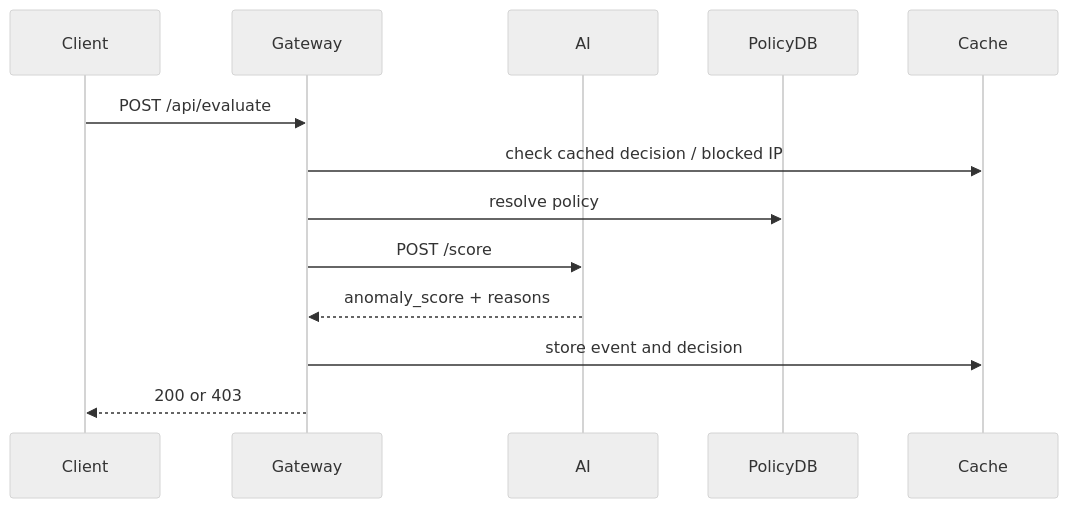
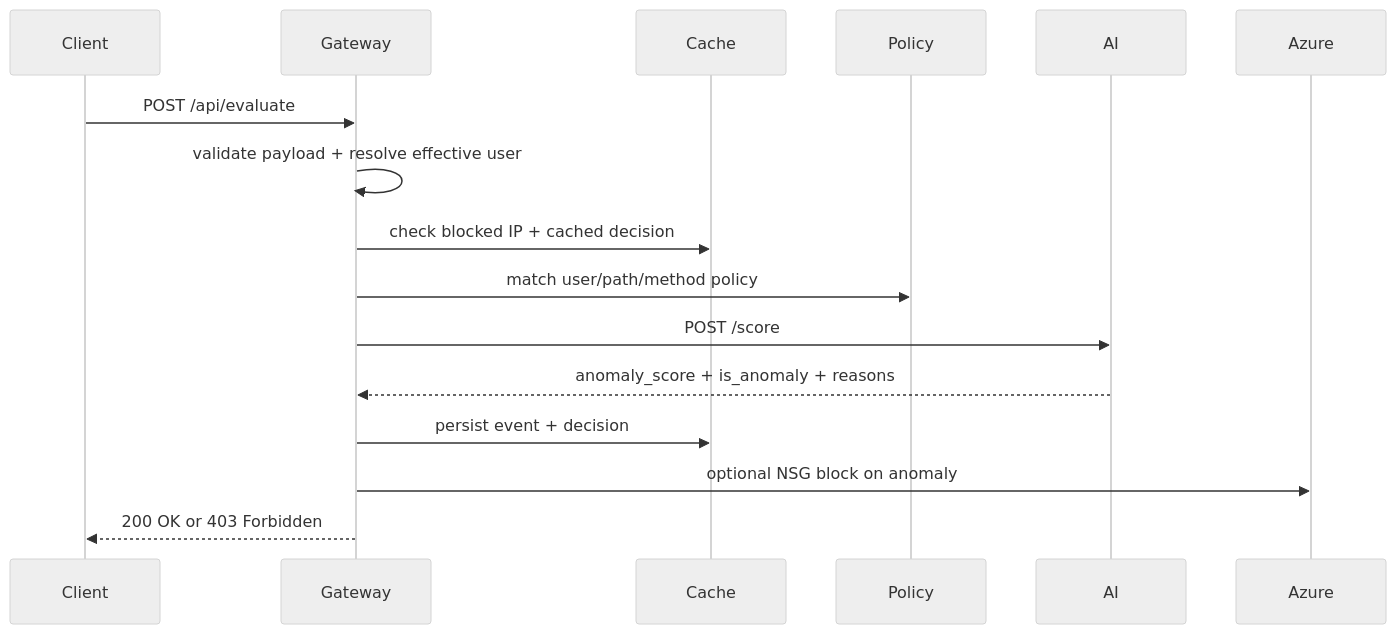
The second of 2 diagrams in README.md (captainprice27/ZTA), drawn with Mermaid (neutral theme) before and after one commit. The commit also changed other lines of this file and 33 other files, not shown here.

````diff
--- a/README.md
+++ b/README.md
@@ -191,16 +49,19 @@
 ```mermaid
 sequenceDiagram
     participant Client
     participant Gateway
+    participant Cache
+    participant Policy
     participant AI
-    participant PolicyDB
-    participant Cache
+    participant Azure
 
     Client->>Gateway: POST /api/evaluate
-    Gateway->>Cache: check cached decision / blocked IP
-    Gateway->>PolicyDB: resolve policy
+    Gateway->>Gateway: validate payload + resolve effective user
+    Gateway->>Cache: check blocked IP + cached decision
+    Gateway->>Policy: match user/path/method policy
     Gateway->>AI: POST /score
-    AI-->>Gateway: anomaly_score + reasons
-    Gateway->>Cache: store event and decision
-    Gateway-->>Client: 200 or 403
+    AI-->>Gateway: anomaly_score + is_anomaly + reasons
+    Gateway->>Cache: persist event + decision
+    Gateway->>Azure: optional NSG block on anomaly
+    Gateway-->>Client: 200 OK or 403 Forbidden
 ```
````
